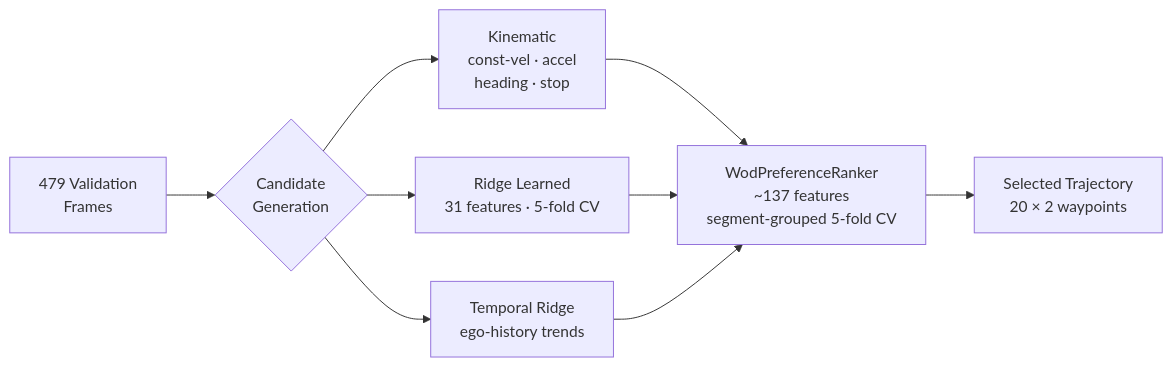
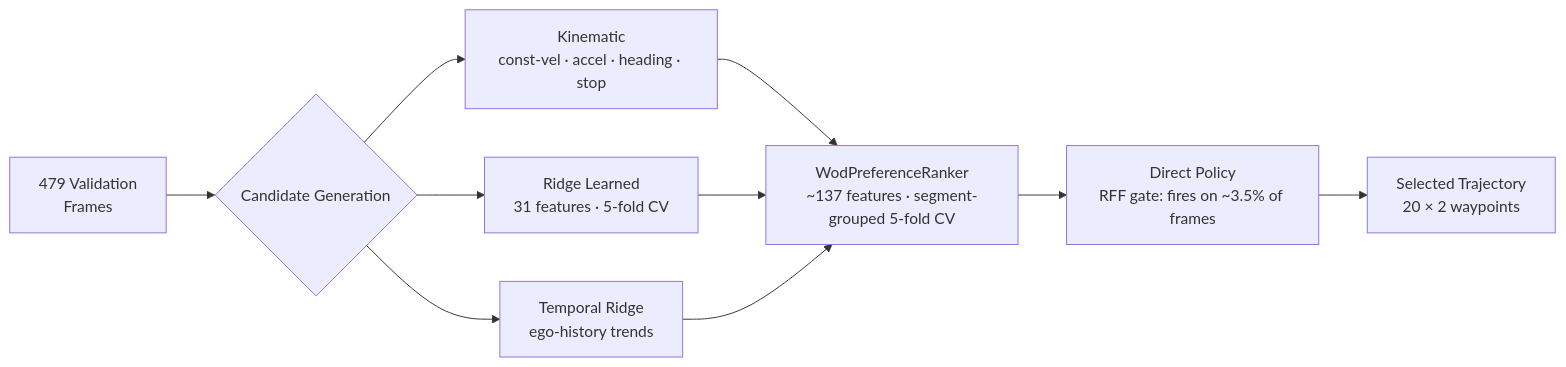
One commit to amtellezfernandez/minimal-shot-av changed the second of 3 diagrams in docs/presentation.md. Above: the diagram before and after it, drawn with Mermaid. The commit also changed other lines of this file, not shown here.

````diff
--- a/docs/presentation.md
+++ b/docs/presentation.md
@@ -269,9 +305,10 @@
 ```mermaid
 flowchart LR
-    A[479 Validation\nFrames] --> C{Candidate\nGeneration}
-    C --> D[Kinematic\nconst-vel · accel\nheading · stop]
-    C --> E[Ridge Learned\n31 features · 5-fold CV]
-    C --> F[Temporal Ridge\nego-history trends]
-    D & E & F --> G[WodPreferenceRanker\n~137 features\nsegment-grouped 5-fold CV]
+    A[479 Validation\nFrames] --> B{Candidate Generation}
+    B --> C[Kinematic\nconst-vel · accel · heading · stop]
+    B --> D[Ridge Learned\n31 features · 5-fold CV]
+    B --> E[Temporal Ridge\nego-history trends]
+    C & D & E --> F[WodPreferenceRanker\n~137 features · segment-grouped 5-fold CV]
+    F --> G[Direct Policy\nRFF gate: fires on ~3.5% of frames]
     G --> H[Selected Trajectory\n20 × 2 waypoints]
 ```
````
